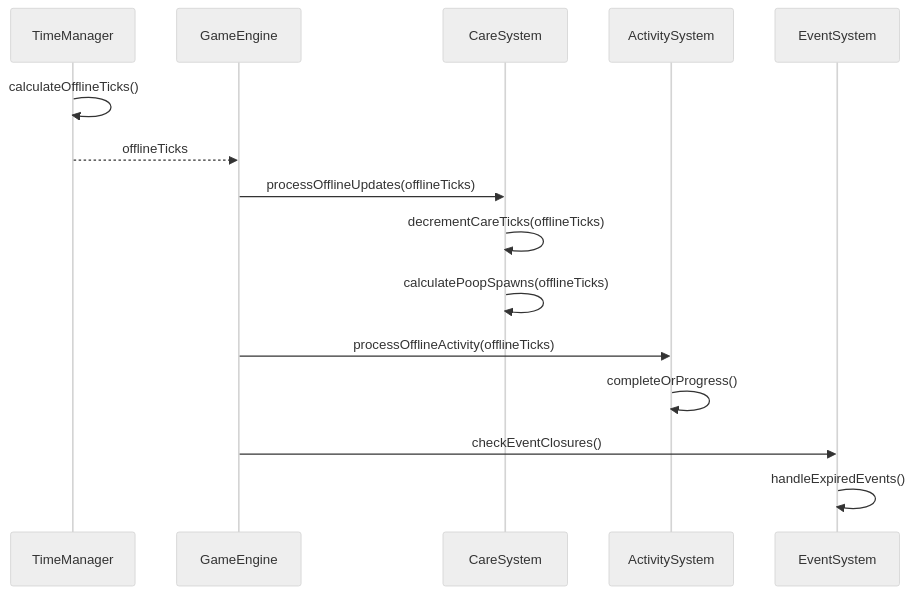
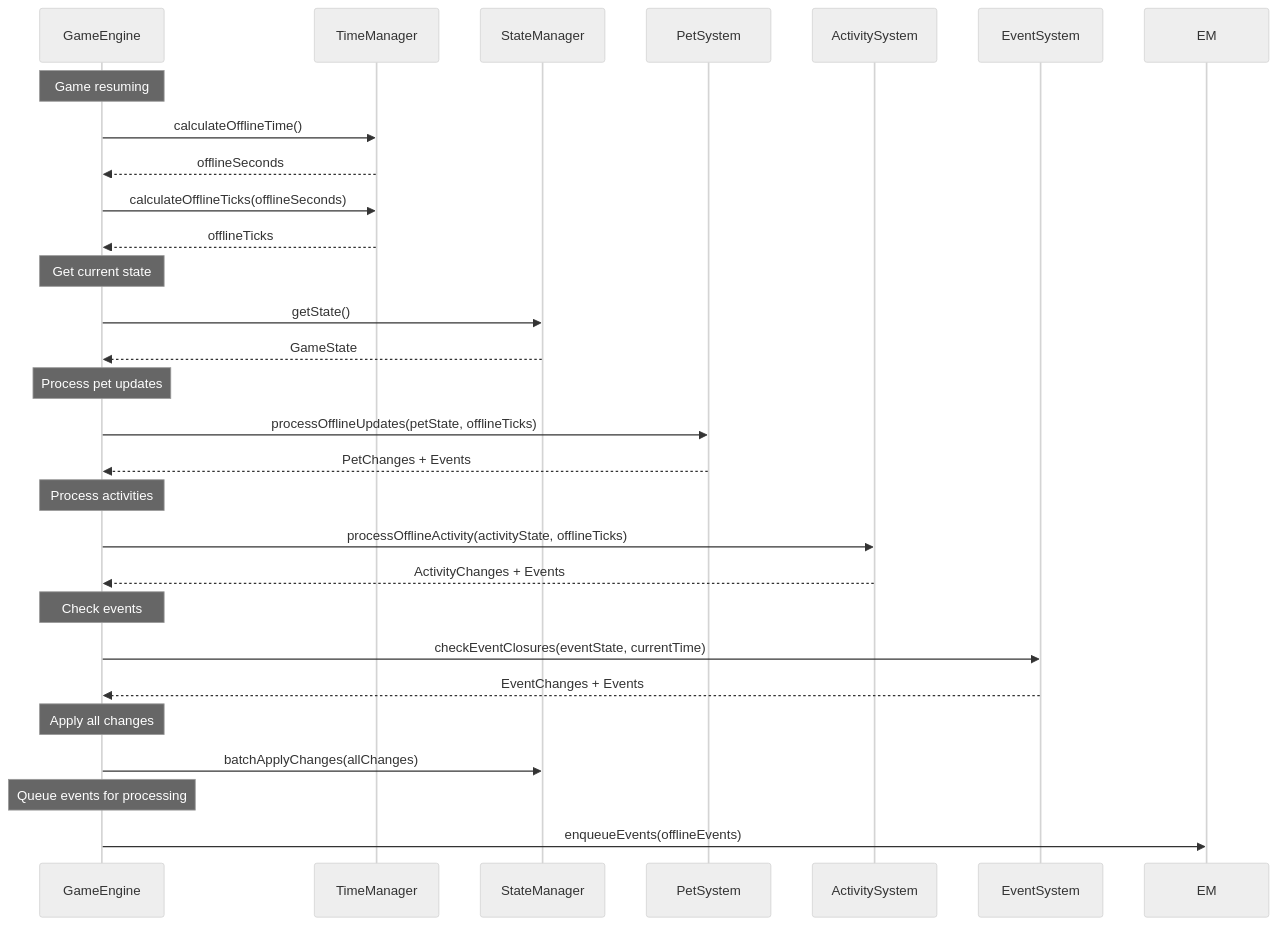
The sixth of 6 diagrams in architecture.md (KnightNiwrem/Digital-Pets-v2), drawn with Mermaid (neutral theme) before and after one commit. The commit also changed other lines of this file and 2 other files, not shown here.

Commit message:
Update architecture to reduce coupling

````diff
--- a/architecture.md
+++ b/architecture.md
@@ -1009,21 +1148,38 @@
 ```mermaid
 sequenceDiagram
+    participant GE as GameEngine
     participant TM as TimeManager
-    participant GE as GameEngine
-    participant CS as CareSystem
+    participant SM as StateManager
+    participant PS as PetSystem
     participant AS as ActivitySystem
     participant ES as EventSystem
 
-    TM->>TM: calculateOfflineTicks()
+    Note over GE: Game resuming
+    GE->>TM: calculateOfflineTime()
+    TM-->>GE: offlineSeconds
+    
+    GE->>TM: calculateOfflineTicks(offlineSeconds)
     TM-->>GE: offlineTicks
-
-    GE->>CS: processOfflineUpdates(offlineTicks)
-    CS->>CS: decrementCareTicks(offlineTicks)
-    CS->>CS: calculatePoopSpawns(offlineTicks)
-
-    GE->>AS: processOfflineActivity(offlineTicks)
-    AS->>AS: completeOrProgress()
-
-    GE->>ES: checkEventClosures()
-    ES->>ES: handleExpiredEvents()
+    
+    Note over GE: Get current state
+    GE->>SM: getState()
+    SM-->>GE: GameState
+    
+    Note over GE: Process pet updates
+    GE->>PS: processOfflineUpdates(petState, offlineTicks)
+    PS-->>GE: PetChanges + Events
+    
+    Note over GE: Process activities
+    GE->>AS: processOfflineActivity(activityState, offlineTicks)
+    AS-->>GE: ActivityChanges + Events
+    
+    Note over GE: Check events
+    GE->>ES: checkEventClosures(eventState, currentTime)
+    ES-->>GE: EventChanges + Events
+    
+    Note over GE: Apply all changes
+    GE->>SM: batchApplyChanges(allChanges)
+    
+    Note over GE: Queue events for processing
+    GE->>EM: enqueueEvents(offlineEvents)
 ```
````
